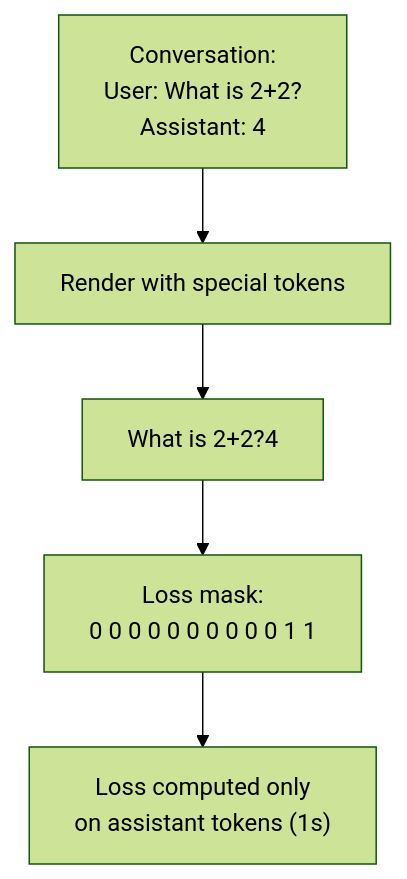
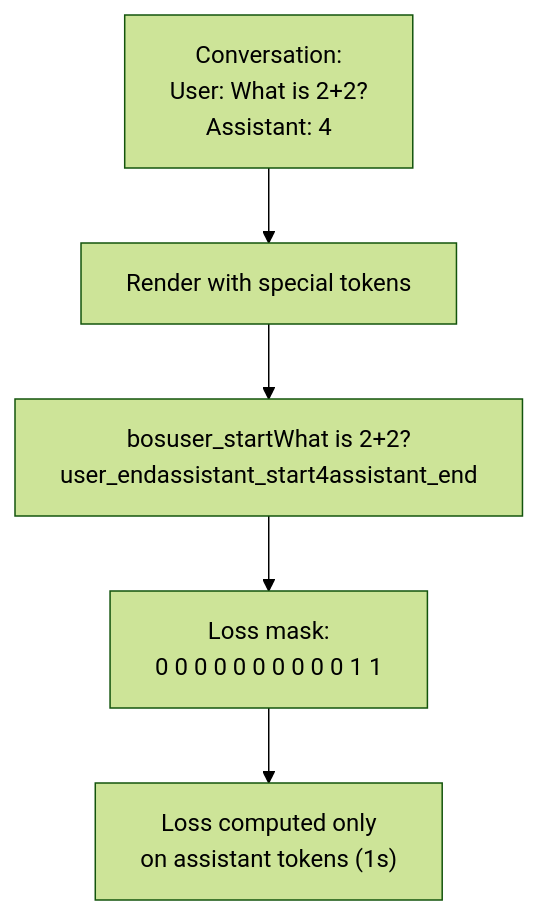
The third of 7 diagrams in learn/09_chat_sft_rl.md (meever/nanochat), drawn with Mermaid (forest theme) before and after one commit. The commit also changed other lines of this file and 11 other files, not shown here.

````diff
--- a/learn/09_chat_sft_rl.md
+++ b/learn/09_chat_sft_rl.md
@@ -70,7 +70,7 @@
 ```mermaid
 flowchart TD
   Conv["Conversation:\nUser: What is 2+2?\nAssistant: 4"] --> Render["Render with special tokens"]
-  Render --> Tokens["<bos><user_start>What is 2+2?<user_end><assistant_start>4<assistant_end>"]
+  Render --> Tokens["bosuser_startWhat is 2+2?user_endassistant_start4assistant_end"]
   Tokens --> Mask["Loss mask:\n0 0 0 0 0 0 0 0 0 0 1 1"]
   Mask --> Loss["Loss computed only\non assistant tokens (1s)"]
 ```
````
